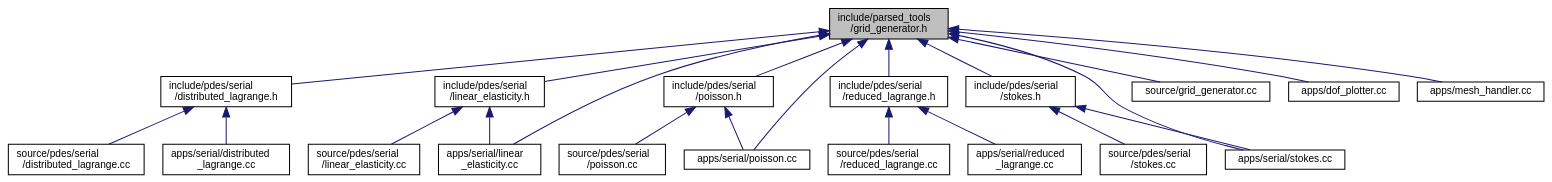
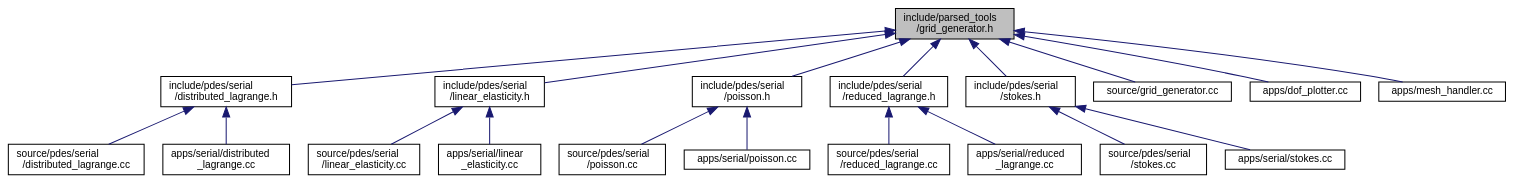
One commit to luca-heltai/fsi-suite changed the diagram in grid__generator_8h__dep__incl.dot. Above: the diagram before and after it, drawn with Graphviz. The commit also changed 573 other files, not shown here.

```diff
--- a/grid__generator_8h__dep__incl.dot
+++ b/grid__generator_8h__dep__incl.dot
@@ -1,47 +1,44 @@
 digraph "include/parsed_tools/grid_generator.h"
 {
  // LATEX_PDF_SIZE
   bgcolor="transparent";
   edge [fontname="Helvetica",fontsize="10",labelfontname="Helvetica",labelfontsize="10"];
   node [fontname="Helvetica",fontsize="10",shape=record];
   Node1 [label="include/parsed_tools\l/grid_generator.h",height=0.2,width=0.4,color="black", fillcolor="grey75", style="filled", fontcolor="black",tooltip=" "];
   Node1 -> Node2 [dir="back",color="midnightblue",fontsize="10",style="solid",fontname="Helvetica"];
   Node2 [label="include/pdes/serial\l/distributed_lagrange.h",height=0.2,width=0.4,color="black",URL="$distributed__lagrange_8h.html",tooltip=" "];
   Node2 -> Node3 [dir="back",color="midnightblue",fontsize="10",style="solid",fontname="Helvetica"];
   Node3 [label="source/pdes/serial\l/distributed_lagrange.cc",height=0.2,width=0.4,color="black",URL="$source_2pdes_2serial_2distributed__lagrange_8cc.html",tooltip=" "];
   Node2 -> Node4 [dir="back",color="midnightblue",fontsize="10",style="solid",fontname="Helvetica"];
   Node4 [label="apps/serial/distributed\l_lagrange.cc",height=0.2,width=0.4,color="black",URL="$apps_2serial_2distributed__lagrange_8cc.html",tooltip=" "];
   Node1 -> Node5 [dir="back",color="midnightblue",fontsize="10",style="solid",fontname="Helvetica"];
   Node5 [label="include/pdes/serial\l/linear_elasticity.h",height=0.2,width=0.4,color="black",URL="$linear__elasticity_8h.html",tooltip=" "];
   Node5 -> Node6 [dir="back",color="midnightblue",fontsize="10",style="solid",fontname="Helvetica"];
   Node6 [label="source/pdes/serial\l/linear_elasticity.cc",height=0.2,width=0.4,color="black",URL="$source_2pdes_2serial_2linear__elasticity_8cc.html",tooltip=" "];
   Node5 -> Node7 [dir="back",color="midnightblue",fontsize="10",style="solid",fontname="Helvetica"];
   Node7 [label="apps/serial/linear\l_elasticity.cc",height=0.2,width=0.4,color="black",URL="$apps_2serial_2linear__elasticity_8cc.html",tooltip=" "];
   Node1 -> Node8 [dir="back",color="midnightblue",fontsize="10",style="solid",fontname="Helvetica"];
   Node8 [label="include/pdes/serial\l/poisson.h",height=0.2,width=0.4,color="black",URL="$poisson_8h.html",tooltip=" "];
   Node8 -> Node9 [dir="back",color="midnightblue",fontsize="10",style="solid",fontname="Helvetica"];
   Node9 [label="source/pdes/serial\l/poisson.cc",height=0.2,width=0.4,color="black",URL="$source_2pdes_2serial_2poisson_8cc.html",tooltip=" "];
   Node8 -> Node10 [dir="back",color="midnightblue",fontsize="10",style="solid",fontname="Helvetica"];
   Node10 [label="apps/serial/poisson.cc",height=0.2,width=0.4,color="black",URL="$apps_2serial_2poisson_8cc.html",tooltip=" "];
   Node1 -> Node11 [dir="back",color="midnightblue",fontsize="10",style="solid",fontname="Helvetica"];
   Node11 [label="include/pdes/serial\l/reduced_lagrange.h",height=0.2,width=0.4,color="black",URL="$reduced__lagrange_8h.html",tooltip=" "];
   Node11 -> Node12 [dir="back",color="midnightblue",fontsize="10",style="solid",fontname="Helvetica"];
   Node12 [label="source/pdes/serial\l/reduced_lagrange.cc",height=0.2,width=0.4,color="black",URL="$source_2pdes_2serial_2reduced__lagrange_8cc.html",tooltip=" "];
   Node11 -> Node13 [dir="back",color="midnightblue",fontsize="10",style="solid",fontname="Helvetica"];
   Node13 [label="apps/serial/reduced\l_lagrange.cc",height=0.2,width=0.4,color="black",URL="$apps_2serial_2reduced__lagrange_8cc.html",tooltip=" "];
   Node1 -> Node14 [dir="back",color="midnightblue",fontsize="10",style="solid",fontname="Helvetica"];
   Node14 [label="include/pdes/serial\l/stokes.h",height=0.2,width=0.4,color="black",URL="$stokes_8h.html",tooltip=" "];
   Node14 -> Node15 [dir="back",color="midnightblue",fontsize="10",style="solid",fontname="Helvetica"];
   Node15 [label="source/pdes/serial\l/stokes.cc",height=0.2,width=0.4,color="black",URL="$source_2pdes_2serial_2stokes_8cc.html",tooltip=" "];
   Node14 -> Node16 [dir="back",color="midnightblue",fontsize="10",style="solid",fontname="Helvetica"];
   Node16 [label="apps/serial/stokes.cc",height=0.2,width=0.4,color="black",URL="$apps_2serial_2stokes_8cc.html",tooltip=" "];
   Node1 -> Node17 [dir="back",color="midnightblue",fontsize="10",style="solid",fontname="Helvetica"];
   Node17 [label="source/grid_generator.cc",height=0.2,width=0.4,color="black",URL="$grid__generator_8cc.html",tooltip=" "];
   Node1 -> Node18 [dir="back",color="midnightblue",fontsize="10",style="solid",fontname="Helvetica"];
   Node18 [label="apps/dof_plotter.cc",height=0.2,width=0.4,color="black",URL="$dof__plotter_8cc.html",tooltip="Degrees of freedom plotter."];
   Node1 -> Node19 [dir="back",color="midnightblue",fontsize="10",style="solid",fontname="Helvetica"];
   Node19 [label="apps/mesh_handler.cc",height=0.2,width=0.4,color="black",URL="$mesh__handler_8cc.html",tooltip="Mesh generator and reader."];
-  Node1 -> Node7 [dir="back",color="midnightblue",fontsize="10",style="solid",fontname="Helvetica"];
-  Node1 -> Node10 [dir="back",color="midnightblue",fontsize="10",style="solid",fontname="Helvetica"];
-  Node1 -> Node16 [dir="back",color="midnightblue",fontsize="10",style="solid",fontname="Helvetica"];
 }
```
